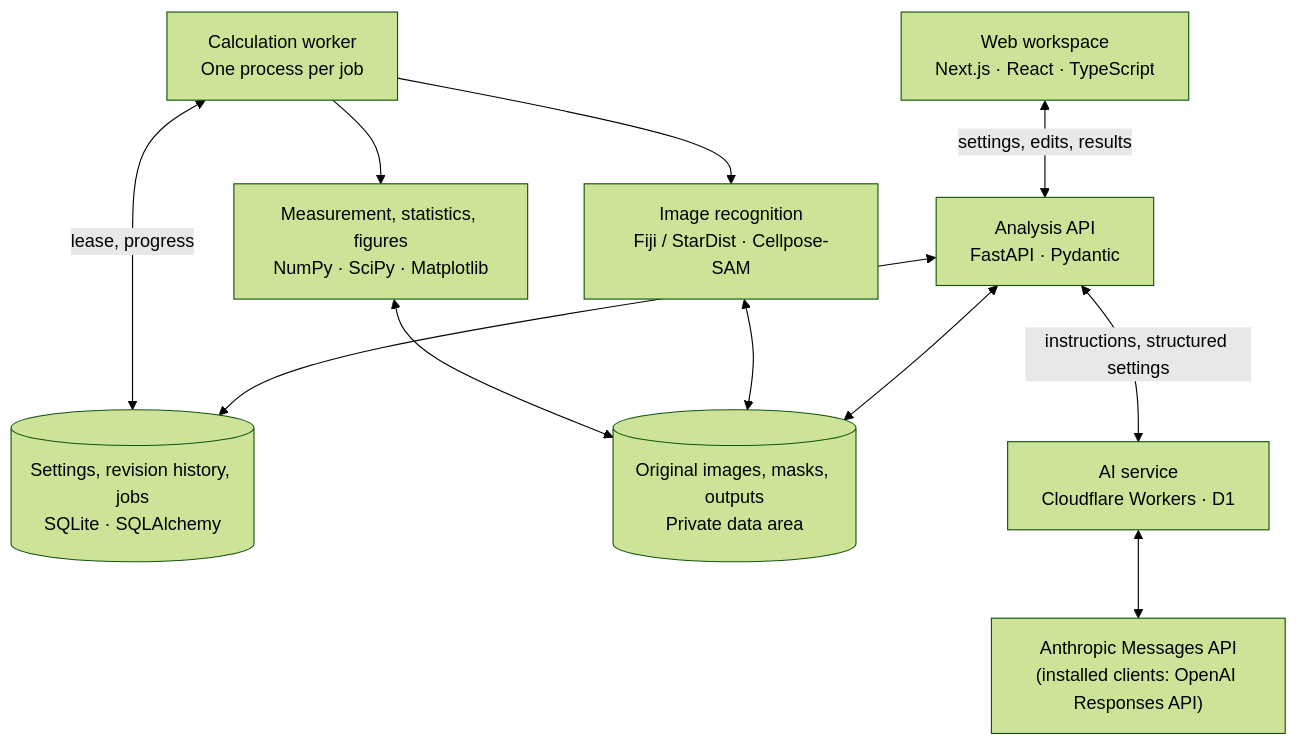
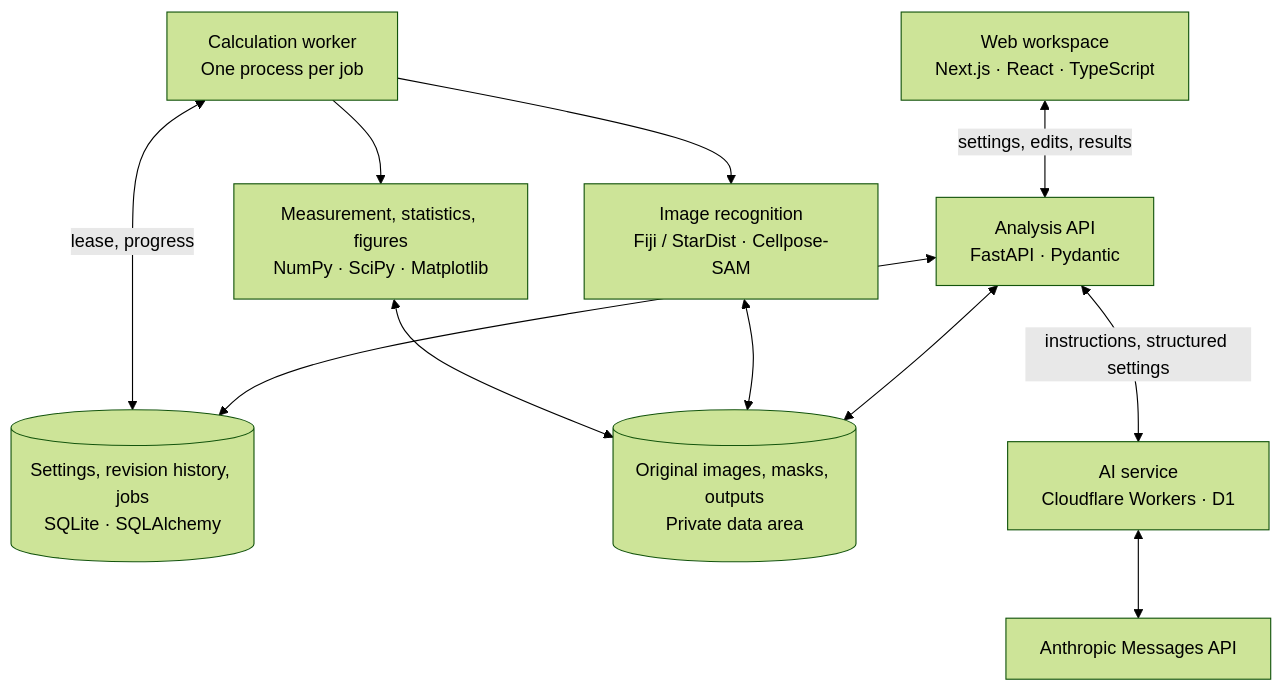
The diagram in README.en.md (genellect/cytellect), drawn with Mermaid (forest theme) before and after one commit. The commit also changed other lines of this file and 2 other files, not shown here.

````diff
--- a/README.en.md
+++ b/README.en.md
@@ -27,23 +27,23 @@
 ```mermaid
 flowchart TB
     Web["Web workspace<br/>Next.js · React · TypeScript"]
     API["Analysis API<br/>FastAPI · Pydantic"]
     State[("Settings, revision history, jobs<br/>SQLite · SQLAlchemy")]
     Files[("Original images, masks, outputs<br/>Private data area")]
     Worker["Calculation worker<br/>One process per job"]
     Models["Image recognition<br/>Fiji / StarDist · Cellpose-SAM"]
     Python["Measurement, statistics, figures<br/>NumPy · SciPy · Matplotlib"]
     Relay["AI service<br/>Cloudflare Workers · D1"]
-    LLM["Anthropic Messages API<br/>(installed clients: OpenAI Responses API)"]
+    LLM["Anthropic Messages API"]
 
     Web <-->|settings, edits, results| API
     API <--> State
     API <--> Files
     Worker <-->|lease, progress| State
     Worker --> Models
     Worker --> Python
     Models <--> Files
     Python <--> Files
     API <-->|instructions, structured settings| Relay
     Relay <--> LLM
 ```
````
